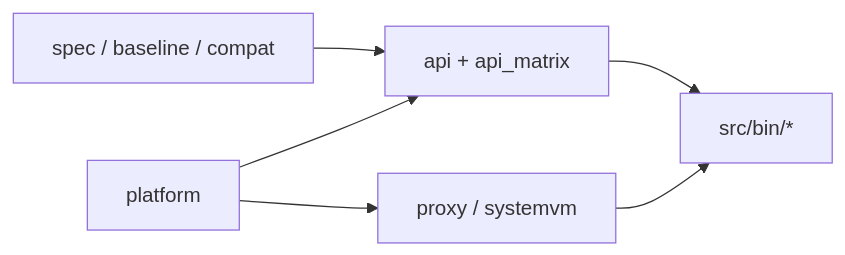
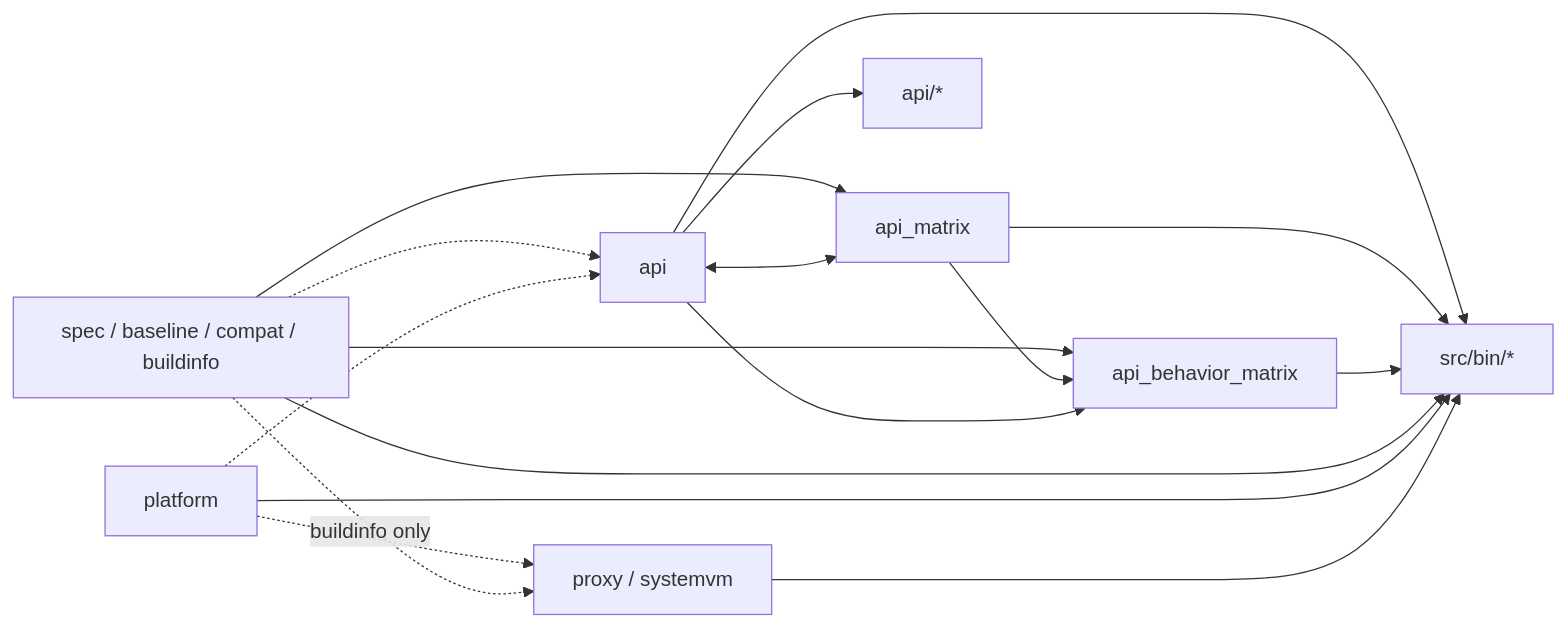
One commit to cityhunteur/vesper changed the second of 3 diagrams in ARCHITECTURE.md. Above: the diagram before and after it, drawn with Mermaid. The commit also changed other lines of this file and 1 other file, not shown here.

First line of the commit message:
docs(architecture): sharpen ARCHITECTURE.md through four Goldfish review rounds

````diff
--- a/ARCHITECTURE.md
+++ b/ARCHITECTURE.md
@@ -74,8 +109,19 @@
 ```mermaid
 flowchart LR
-  spec[spec / baseline / compat] --> api[api + api_matrix]
-  platform --> api
-  platform --> runtime[proxy / systemvm]
+  leaf[spec / baseline / compat / buildinfo] -.-> api
+  platform -.-> api
+  platform -.-> runtime[proxy / systemvm]
+  leaf -. buildinfo only .-> runtime
+  leaf --> api_matrix
+  leaf --> api_behavior_matrix
+  api <--> api_matrix
+  api_matrix --> api_behavior_matrix
+  api --> api_behavior_matrix
+  api --> families[api/*]
   api --> bins[src/bin/*]
+  api_matrix --> bins
+  api_behavior_matrix --> bins
+  leaf --> bins
+  platform --> bins
   runtime --> bins
 ```
````
